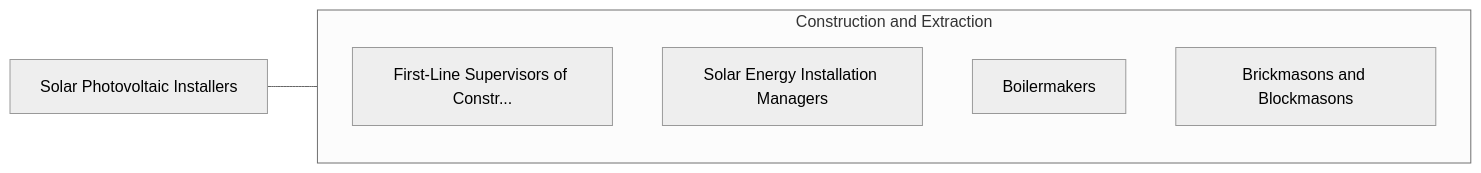
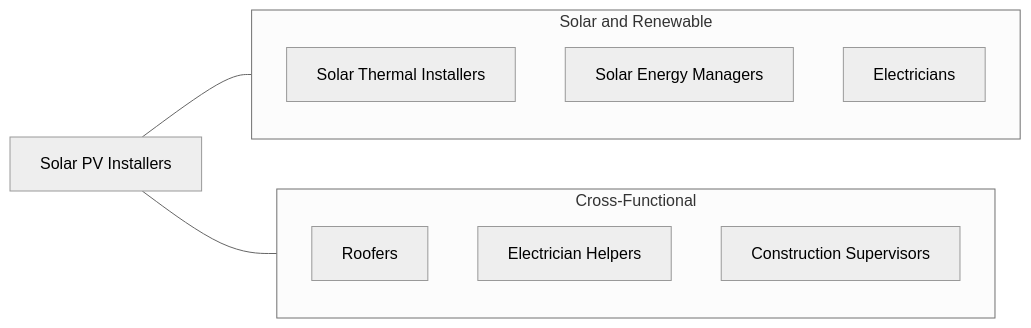
Before and after one commit to kziemski/business.org.ai: the fourth of 4 diagrams in occupations/Construction/SolarPhotovoltaicInstallers.mdx, drawn with Mermaid (neutral theme). The commit also changed other lines of this file and 938 other files, not shown here.

````diff
--- a/occupations/Construction/SolarPhotovoltaicInstallers.mdx
+++ b/occupations/Construction/SolarPhotovoltaicInstallers.mdx
@@ -119,13 +201,16 @@
 ```mermaid
 graph LR
-    Current["Solar Photovoltaic Installers"]
-
-    subgraph SameCategory["Construction and Extraction"]
-        FirstLineSupervisors["First-Line Supervisors of Constr..."]
-        SolarEnergyInstallat["Solar Energy Installation Managers"]
-        Boilermakers["Boilermakers"]
-        BrickmasonsAndBlockm["Brickmasons and Blockmasons"]
+    Current["Solar PV Installers"]
+    subgraph Same["Solar and Renewable"]
+        SolarThermal["Solar Thermal Installers"]
+        SolarMgr["Solar Energy Managers"]
+        Electrician["Electricians"]
     end
-
-    Current --- SameCategory
+    subgraph Cross["Cross-Functional"]
+        Roofer["Roofers"]
+        Helper["Electrician Helpers"]
+        Super["Construction Supervisors"]
+    end
+    Current --- Same
+    Current --- Cross
 ```
````
